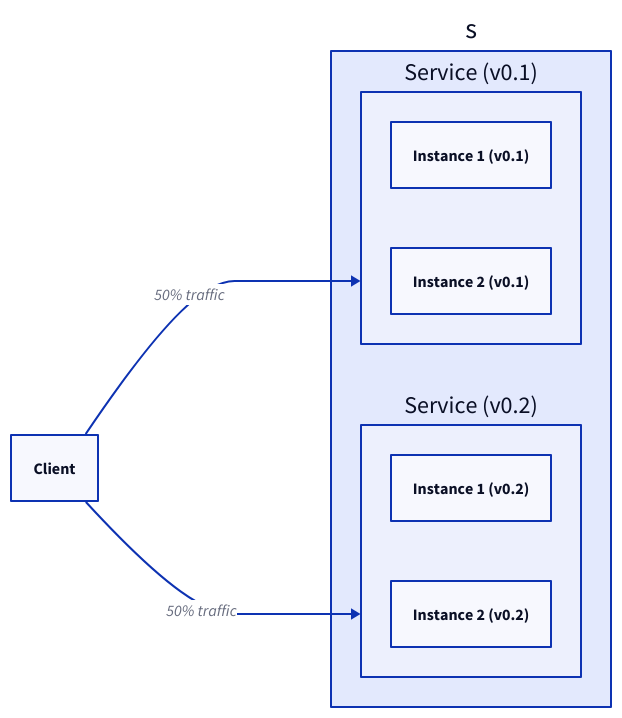
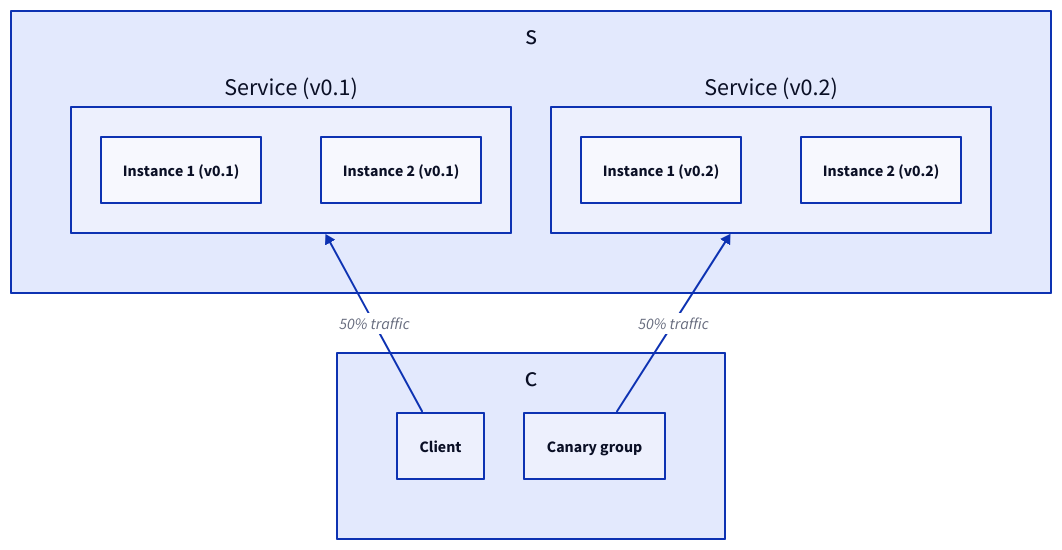
The ninth of 9 diagrams in content/docs/system-administration/system-deployment/deployment-strategies.md (link1905/system-design-101), drawn with D2 before and after one commit. The commit also changed other lines of this file and 21 other files, not shown here.

````diff
--- a/content/docs/system-administration/system-deployment/deployment-strategies.md
+++ b/content/docs/system-administration/system-deployment/deployment-strategies.md
@@ -308,26 +326,35 @@
 ```d2
 direction: right
 s {
+  class: none
+  grid-rows: 1
   s1: Service (v0.1) {
     i1: "Instance 1 (v0.1)" {
         class: server
     }
     i2: "Instance 2 (v0.1)" {
         class: server
     }
   }
   s2: Service (v0.2) {
     i1: "Instance 1 (v0.2)" {
-      class: server
+        class: server
     }
     i2: "Instance 2 (v0.2)" {
-      class: server
+        class: server
     }
   }
 }
-c: Client {
-    class: client
+c {
+  class: none
+  grid-rows: 1
+  c: Client {
+      class: client
+  }
+  ca: Canary group {
+      class: client
+  }
 }
-c -> s.s1: 50% traffic
-c -> s.s2: 50% traffic
+c.c -> s.s1: 50% traffic
+c.ca -> s.s2: 50% traffic
 ```
````
